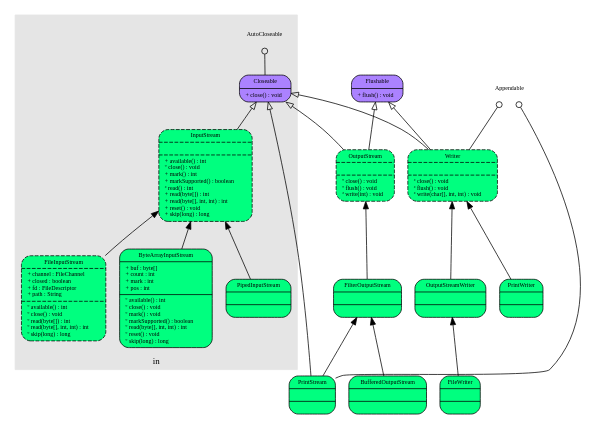
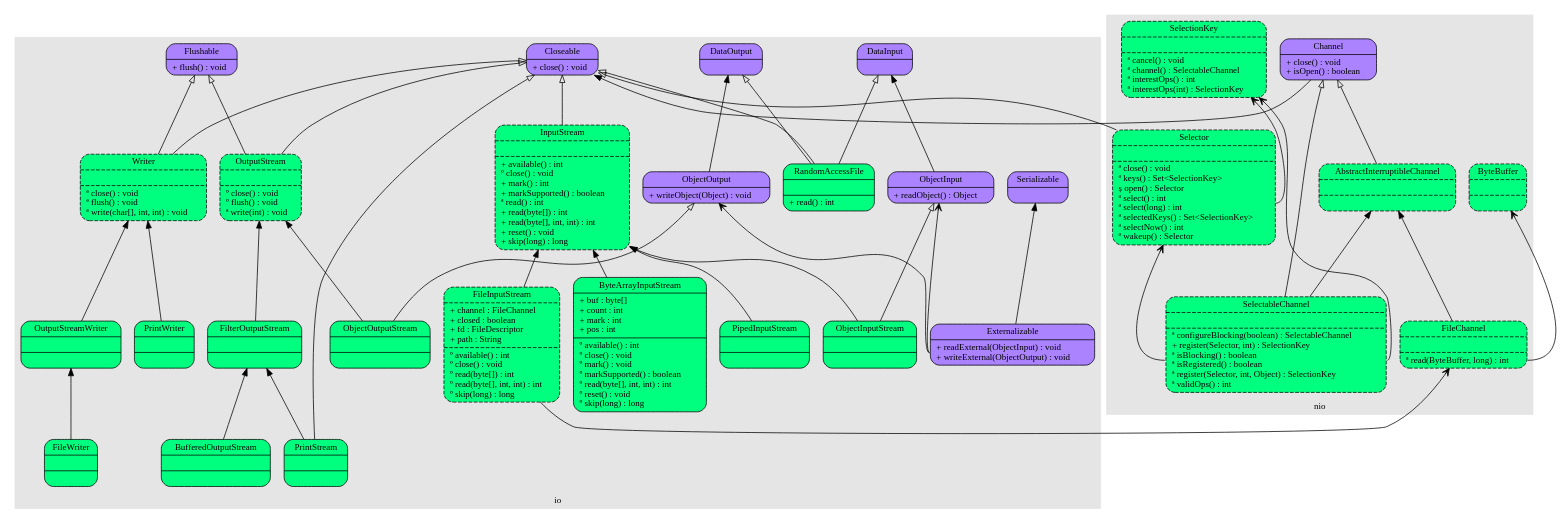
Before and after one commit to chris0103/spider-net: the diagram in Java/IO.dot, drawn with Graphviz. The commit also changed 2 other files, not shown here.

```diff
--- a/Java/IO.dot
+++ b/Java/IO.dot
@@ -1,87 +1,118 @@
-digraph name {
+digraph io {
 	rankdir = BT;
     fontname = "Verdana";
     fontsize = 12;
-    node [fontname = "Verdana", fontsize = 8, shape = "record"];
-    edge [fontname = "Verdana", fontsize = 8];
+    node [fontname = "Verdana", fontsize = 12, shape = "record"];
+    edge [fontname = "Verdana", fontsize = 12];
 	
 	subgraph cluster25 {
-		label = "hybrid";
+		label = "io";
 		style = filled;
 		color = grey90;
-	}	
-	
-	subgraph cluster50 {
-		label = "in";
-		style = filled;
-		color = grey90;
-		AutoCloseable [shape = "plaintext", label = "AutoCloseable"];
+		BufferedOutputStream [label = "{<f0>BufferedOutputStream||}", style = "rounded, filled", fillcolor = "springgreen"];
 		ByteArrayInputStream [label = "{<f0>ByteArrayInputStream|<f1>+ buf : byte[]\l+ count : int\l+ mark : int\l+ pos : int\l|<f2>&#186; available() : int\l&#186; close() : void\l&#186; mark() : void\l&#186; markSupported() : boolean\l&#186; read(byte[], int, int) : int\l&#186; reset() : void\l&#186; skip(long) : long\l}", style = "rounded, filled", fillcolor = "springgreen"];
 		Closeable [label = "{<f0>Closeable|<f2>+ close() : void\l}", style = "rounded, filled", fillcolor = "mediumpurple1"];
+		DataInput [label = "{<f0>DataInput|<f2>}", style = "rounded, filled", fillcolor = "mediumpurple1"];
+		DataOutput [label = "{<f0>DataOutput|<f2>}", style = "rounded, filled", fillcolor = "mediumpurple1"];
+		Externalizable [label = "{<f0>Externalizable|<f2>+ readExternal(ObjectInput) : void\l+ writeExternal(ObjectOutput) : void\l}", style = "rounded, filled", fillcolor = "mediumpurple1"];
 		FileInputStream [label = "{<f0>FileInputStream|<f1>+ channel : FileChannel\l+ closed : boolean\l+ fd : FileDescriptor\l+ path : String\l|<f2>&#186; available() : int\l&#186; close() : void\l&#186; read(byte[]) : int\l&#186; read(byte[], int, int) : int\l&#186; skip(long) : long\l}", style = "rounded, filled, dashed", fillcolor = "springgreen"];
+		FilterOutputStream [label = "{<f0>FilterOutputStream||}", style = "rounded, filled", fillcolor = "springgreen"];
+		FileWriter [label = "{<f0>FileWriter||}", style = "rounded, filled", fillcolor = "springgreen"];
+		Flushable [label = "{<f0>Flushable|<f2>+ flush() : void\l}", style = "rounded, filled", fillcolor = "mediumpurple1"];
 		InputStream [label = "{<f0>InputStream||<f2>+ available() : int\l&#186; close() : void\l+ mark() : int\l+ markSupported() : boolean\l&#170; read() : int\l+ read(byte[]) : int\l+ read(byte[], int, int) : int\l+ reset() : void\l+ skip(long) : long\l}", style = "rounded, filled, dashed", fillcolor = "springgreen"];
+		ObjectInput [label = "{<f0>ObjectInput|<f2>+ readObject() : Object\l}", style = "rounded, filled", fillcolor = "mediumpurple1"];
+		ObjectInputStream [label = "{<f0>ObjectInputStream|<f1>|<f2>}", style = "rounded, filled", fillcolor = "springgreen"];
+		ObjectOutput [label = "{<f0>ObjectOutput|<f2>+ writeObject(Object) : void\l}", style = "rounded, filled", fillcolor = "mediumpurple1"];
+		ObjectOutputStream [label = "{<f0>ObjectOutputStream|<f1>|<f2>}", style = "rounded, filled", fillcolor = "springgreen"];
+		OutputStream [label = "{<f0>OutputStream||<f2>&#186; close() : void\l&#186; flush() : void\l&#170; write(int) : void\l}", style = "rounded, filled, dashed", fillcolor = "springgreen"];
+		OutputStreamWriter [label = "{<f0>OutputStreamWriter||}", style = "rounded, filled", fillcolor = "springgreen"];
 		PipedInputStream [label = "{<f0>PipedInputStream||}", style = "rounded, filled", fillcolor = "springgreen"];
+		PrintStream [label = "{<f0>PrintStream||}", style = "rounded, filled", fillcolor = "springgreen"];
+		PrintWriter [label = "{<f0>PrintWriter||}", style = "rounded, filled", fillcolor = "springgreen"];
+		RandomAccessFile [label = "{<f0>RandomAccessFile|<f1>|<f2>+ read() : int\l}", style = "rounded, filled", fillcolor = "springgreen"];
+		Serializable [label = "{<f0>Serializable|}", style = "rounded, filled", fillcolor = "mediumpurple1"];
+		Writer [label = "{<f0>Writer||<f2>&#170; close() : void\l&#170; flush() : void\l&#170; write(char[], int, int) : void\l}", style = "rounded, filled, dashed", fillcolor = "springgreen"];
 	}
 	
 	subgraph cluster75 {
-		label = "out";
+		label = "nio";
 		style = filled;
 		color = grey90;
+		AbstractInterruptibleChannel [label = "{<f0>AbstractInterruptibleChannel|<f1>|<f2>}", style = "rounded, filled, dashed", fillcolor = "springgreen"];
+		ByteBuffer [label = "{<f0>ByteBuffer|<f1>|<f2>}", style = "rounded, filled, dashed", fillcolor = "springgreen"];
+		Channel [label = "{<f0>Channel|<f2>+ close() : void\l+ isOpen() : boolean\l}", style = "rounded, filled", fillcolor = "mediumpurple1"];
+		FileChannel [label = "{<f0>FileChannel|<f1>|<f2>&#170; read(ByteBuffer, long) : int\l}", style = "rounded, filled, dashed", fillcolor = "springgreen"];
+		SelectableChannel [label = "{<f0>SelectableChannel|<f1>|<f2>&#170; configureBlocking(boolean) : SelectableChannel\l+ register(Selector, int) : SelectionKey\l&#170; isBlocking() : boolean\l&#170; isRegistered() : boolean\l&#170; register(Selector, int, Object) : SelectionKey\l&#170; validOps() : int\l}", style = "rounded, filled, dashed", fillcolor = "springgreen"];
+		SelectionKey [label = "{<f0>SelectionKey|<f1>|<f2>&#170; cancel() : void\l&#170; channel() : SelectableChannel\l&#170; interestOps() : int\l&#170; interestOps(int) : SelectionKey\l}", style = "rounded, filled, dashed", fillcolor = "springgreen"];
+		Selector [label = "{<f0>Selector|<f1>|<f2>&#170; close() : void\l&#170; keys() : Set&lt;SelectionKey&gt;\l&#537; open() : Selector\l&#170; select() : int\l&#170; select(long) : int\l&#170; selectedKeys() : Set&lt;SelectionKey&gt;\l&#170; selectNow() : int\l&#170; wakeup() : Selector\l}", style = "rounded, filled, dashed", fillcolor = "springgreen"];
 	}
 	
-	Appendable [shape = "plaintext", label = "Appendable"];
-	BufferedOutputStream [label = "{<f0>BufferedOutputStream||}", style = "rounded, filled", fillcolor = "springgreen"];
-	FileWriter [label = "{<f0>FileWriter||}", style = "rounded, filled", fillcolor = "springgreen"];
-	FilterOutputStream [label = "{<f0>FilterOutputStream||}", style = "rounded, filled", fillcolor = "springgreen"];
-	Flushable [label = "{<f0>Flushable|<f2>+ flush() : void\l}", style = "rounded, filled", fillcolor = "mediumpurple1"];
-	OutputStream [label = "{<f0>OutputStream||<f2>&#186; close() : void\l&#186; flush() : void\l&#170; write(int) : void\l}", style = "rounded, filled, dashed", fillcolor = "springgreen"];
-	OutputStreamWriter [label = "{<f0>OutputStreamWriter||}", style = "rounded, filled", fillcolor = "springgreen"];
-	PrintStream [label = "{<f0>PrintStream||}", style = "rounded, filled", fillcolor = "springgreen"];
-	PrintWriter [label = "{<f0>PrintWriter||}", style = "rounded, filled", fillcolor = "springgreen"];
-	Writer [label = "{<f0>Writer||<f2>&#170; close() : void\l&#170; flush() : void\l&#170; write(char[], int, int) : void\l}", style = "rounded, filled, dashed", fillcolor = "springgreen"];
-	
-	// other creatures
 	
 	// interface_minor [shape = "plaintext", label = "Interface_minor"];
 	// interface [label = "{<f0>Interface|<f2>+ method() : return_type\l}", style = "rounded, filled", fillcolor = "mediumpurple1"];
 	// abstract_class [label = "{<f0>Abstract_Class|<f1>+ field1 : type\l+ filed2 : type\l|<f2>&#170; abstract_method() : return_type\l&#537; static_method() : return_type\l+ method() : return_type\l}", style = "rounded, filled, dashed", fillcolor = "springgreen"];
 	// class [label = "{<f0>Class|<f1>+ field1 : type\l+ filed2 : type\l|<f2>+ method() : return_type\l&#537; static_method() : return_type\l&#186; overriden_method() : return_type\l}", style = "rounded, filled", fillcolor = "springgreen"];
 	
 	/*
 	subgraph cluster {
 		label = "";
 		style = filled;
 		color = grey90;
 	}
 	*/
 
 	// input stream
 	InputStream -> Closeable [arrowhead = "empty"];
 	ByteArrayInputStream -> InputStream;
 	FileInputStream -> InputStream;
+	FileInputStream -> FileChannel [arrowhead = "vee"];
 	PipedInputStream -> InputStream;
 	
 	BufferedOutputStream -> FilterOutputStream;
 	FilterOutputStream -> OutputStream;
 	OutputStream -> Closeable [arrowhead = "empty"];
 	OutputStream -> Flushable [arrowhead = "empty"];
-	Closeable -> AutoCloseable [arrowhead = "odot"];
 	FileWriter -> OutputStreamWriter;
 	OutputStreamWriter -> Writer;
 	Writer -> Closeable [arrowhead = "empty"];
 	Writer -> Flushable [arrowhead = "empty"];
-	Writer -> Appendable [arrowhead = "odot"];
 	PrintStream -> FilterOutputStream;
 	PrintStream -> Closeable [arrowhead = "empty"];
-	PrintStream -> Appendable [arrowhead = "odot"];
 	PrintWriter -> Writer;
-
+	
+	// serialization
+	Externalizable -> Serializable;
+	Externalizable:f2 -> ObjectInput [arrowhead = "vee"];
+	ObjectInput -> DataInput;
+	Externalizable:f2 -> ObjectOutput [arrowhead = "vee"];
+	ObjectOutput -> DataOutput;
+	ObjectInputStream -> InputStream;
+	ObjectInputStream -> ObjectInput [arrowhead = "empty"];
+	ObjectOutputStream -> OutputStream;
+	ObjectOutputStream -> ObjectOutput [arrowhead = "empty"];
+	
+	RandomAccessFile -> DataInput [arrowhead = "empty"];
+	RandomAccessFile -> DataOutput [arrowhead = "empty"];
+	RandomAccessFile -> Closeable [arrowhead = "empty"];
+	
+	Channel -> Closeable;
+	AbstractInterruptibleChannel -> Channel [arrowhead = "empty"];
+	SelectableChannel -> AbstractInterruptibleChannel;
+	SelectableChannel -> Channel [arrowhead = "empty"];
+	SelectableChannel:f2 -> SelectionKey [arrowhead = "vee"];
+	SelectableChannel:f2 -> Selector [arrowhead = "vee"];
+	Selector -> Closeable [arrowhead = "empty"];
+	Selector:f2 -> SelectionKey [arrowhead = "vee"];
+	
+	
+	FileChannel -> AbstractInterruptibleChannel;
+	FileChannel:f2 -> ByteBuffer [arrowhead = "vee"];
 	
 	// Implementation -> Interface [arrowhead = "empty"];
 	// Subclass -> Class;	
 	// Referer -> Referee [arrowhead = "vee"];
 	// Implementation -> InterfaceMinor [arrowhead = "odot"];
 	
 	
 	// current is current_progress_item
 }
```
